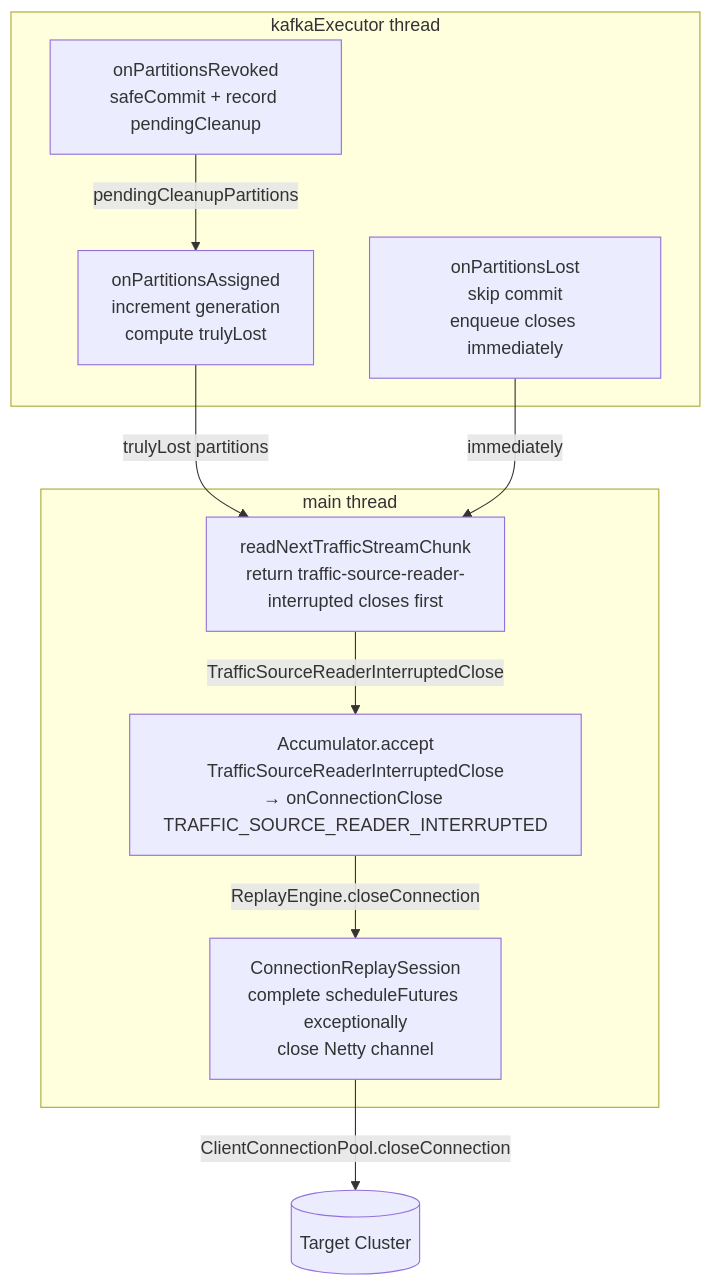
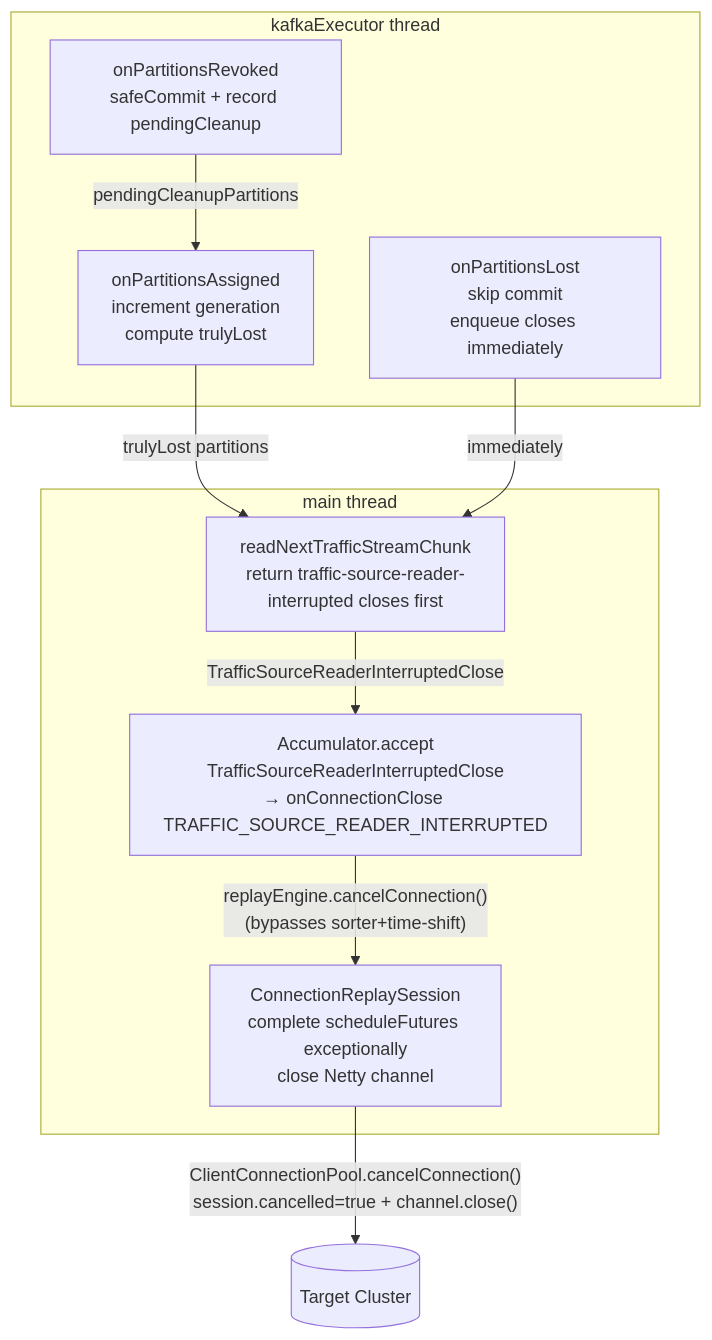
The fourth of 4 diagrams in docs/replayerArchitecture.md (opensearch-project/opensearch-migrations), drawn with Mermaid before and after one commit. The commit also changed other lines of this file and 6 other files, not shown here.

First line of the commit message:
When an interrupted close comes through from the connection's source partition being reassigned away/lost, kill the connection to the target...

````diff
--- a/docs/replayerArchitecture.md
+++ b/docs/replayerArchitecture.md
@@ -509,21 +509,21 @@
 ```mermaid
 flowchart TD
     subgraph kafkaExecutor["kafkaExecutor thread"]
         REV[onPartitionsRevoked\nsafeCommit + record pendingCleanup]
         ASN[onPartitionsAssigned\nincrement generation\ncompute trulyLost]
         LOST[onPartitionsLost\nskip commit\nenqueue closes immediately]
     end
 
     subgraph mainThread["main thread"]
         SYNTH[readNextTrafficStreamChunk\nreturn traffic-source-reader-interrupted closes first]
         ACC2[Accumulator.accept\nTrafficSourceReaderInterruptedClose\n→ onConnectionClose TRAFFIC_SOURCE_READER_INTERRUPTED]
         CANCEL[ConnectionReplaySession\ncomplete scheduleFutures exceptionally\nclose Netty channel]
     end
 
     REV -->|pendingCleanupPartitions| ASN
     ASN -->|trulyLost partitions| SYNTH
     LOST -->|immediately| SYNTH
     SYNTH -->|TrafficSourceReaderInterruptedClose| ACC2
-    ACC2 -->|ReplayEngine.closeConnection| CANCEL
-    CANCEL -->|ClientConnectionPool.closeConnection| Target[(Target Cluster)]
+    ACC2 -->|"replayEngine.cancelConnection()\n(bypasses sorter+time-shift)"| CANCEL
+    CANCEL -->|"ClientConnectionPool.cancelConnection()\nsession.cancelled=true + channel.close()"| Target[(Target Cluster)]
 ```
````
